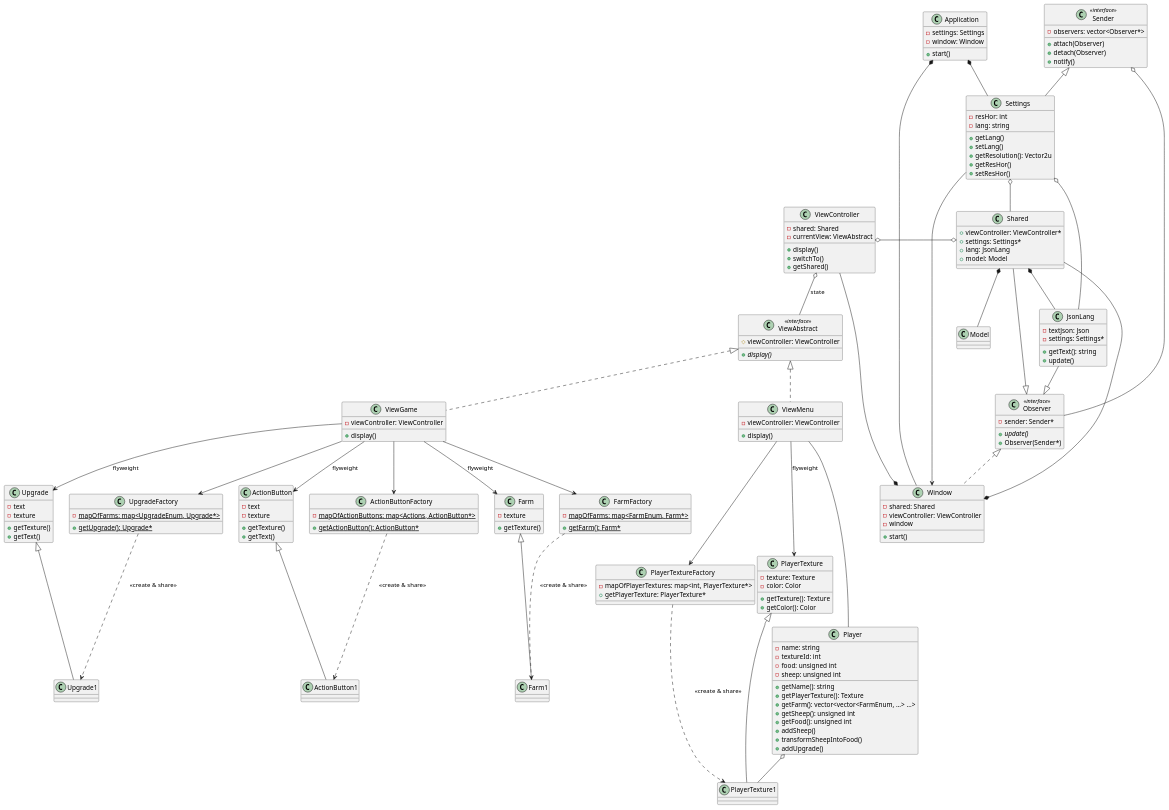
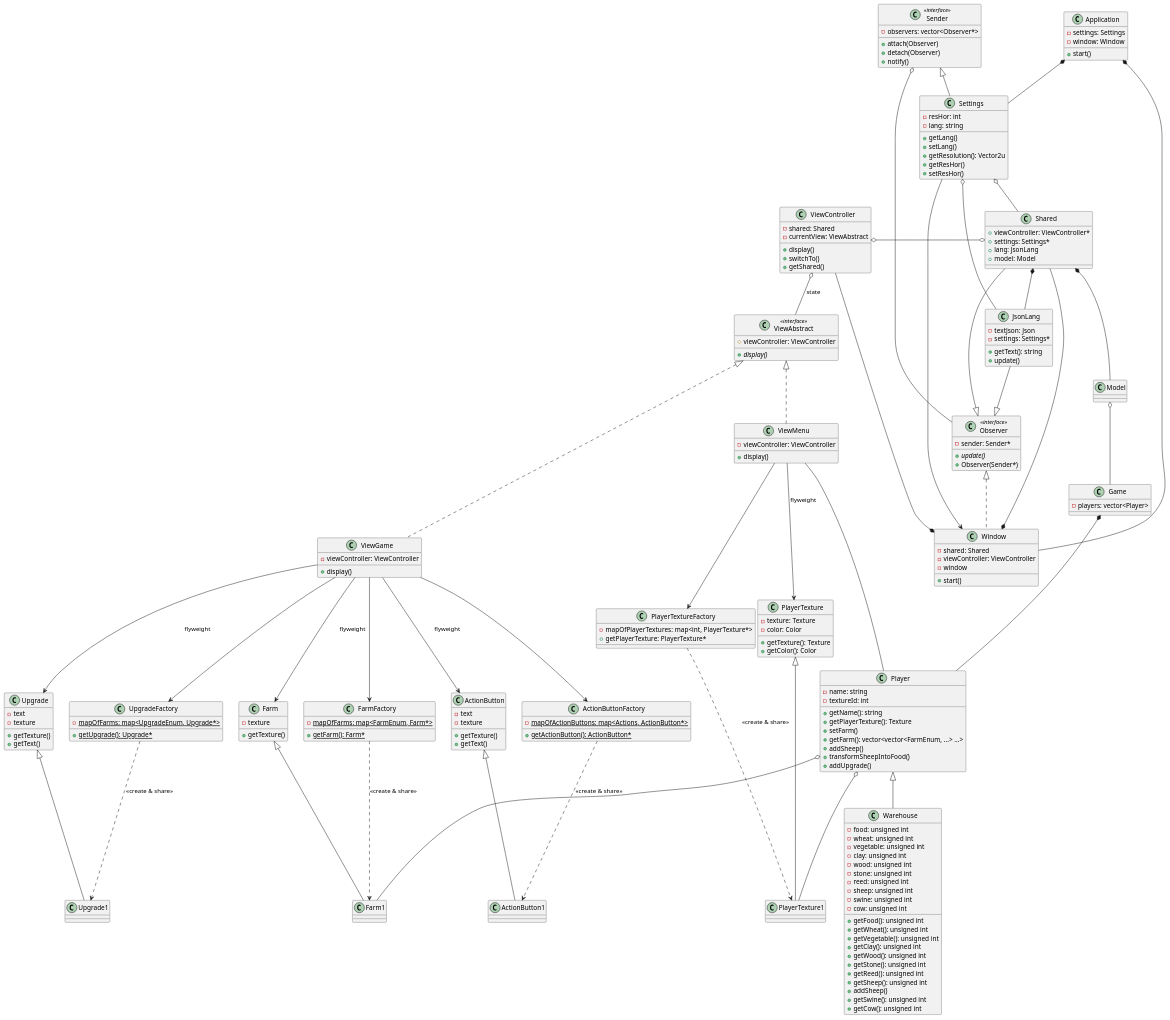
Before and after one commit to ArturBa/AlmostAgricola: the diagram in docs/UML/src/ClassUML.puml, drawn with PlantUML. The commit also changed 3 other files, not shown here.

```diff
--- a/docs/UML/src/ClassUML.puml
+++ b/docs/UML/src/ClassUML.puml
@@ -137,21 +137,42 @@
 class Player {
     - name: string
     - textureId: int
-    - food: unsigned int
-    - sheep: unsigned int
     + getName(): string
     + getPlayerTexture(): Texture
+    + setFarm()
     + getFarm(): vector<vector<FarmEnum, ...> ...>
-    + getSheep(): unsigned int
-    + getFood(): unsigned int
     + addSheep()
     + transformSheepIntoFood()
     + addUpgrade()
 }
 
-'class Game{
-'    - players: vector<Player>
-'}
+class Warehouse {
+    - food: unsigned int
+    - wheat: unsigned int
+    - vegetable: unsigned int
+    - clay: unsigned int
+    - wood: unsigned int
+    - stone: unsigned int
+    - reed: unsigned int
+    - sheep: unsigned int
+    - swine: unsigned int
+    - cow: unsigned int
+    + getFood(): unsigned int
+    + getWheat(): unsigned int
+    + getVegetable(): unsigned int
+    + getClay(): unsigned int
+    + getWood(): unsigned int
+    + getStone(): unsigned int
+    + getReed(): unsigned int
+    + getSheep(): unsigned int
+    + addSheep()
+    + getSwine(): unsigned int
+    + getCow(): unsigned int
+}
+
+class Game{
+    - players: vector<Player>
+}
 
 Window *-- ViewController
 Window *-- Shared
@@ -197,10 +218,12 @@
 Settings o-- Shared
 
 Shared *-- Model
-'Model o-- Game
-'Game *-- Player
+Model o-- Game
+Game *-- Player
 
 ViewMenu --- Player
 Player o-- PlayerTexture1
+Player o-- Farm1
+Player <|-- Warehouse
 
 @enduml
```
